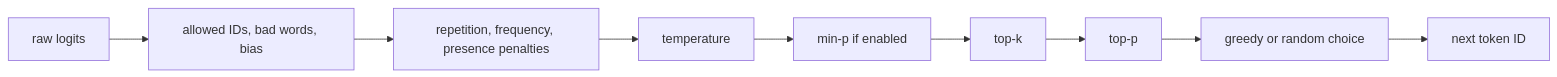
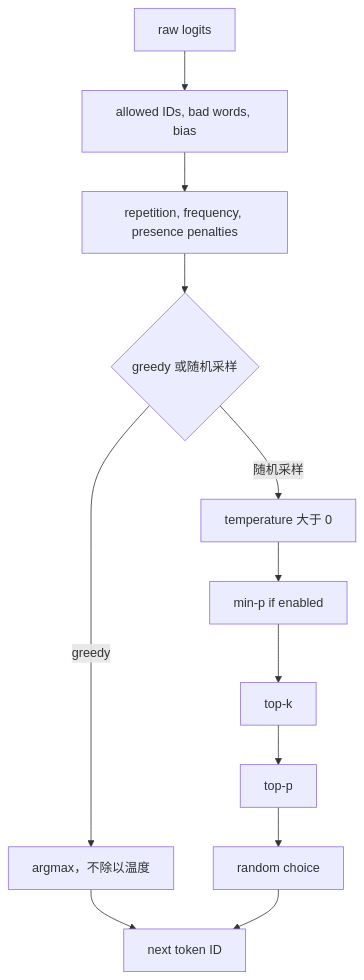
Before and after one commit to cluster1900/vllm_reader: the sixth of 11 diagrams in book/01-transformer-inference/README.md, drawn with Mermaid. The commit also changed other lines of this file and 38 other files, not shown here.

````diff
--- a/book/01-transformer-inference/README.md
+++ b/book/01-transformer-inference/README.md
@@ -521,11 +545,14 @@
 ```mermaid
-flowchart LR
+flowchart TD
     Raw[raw logits] --> Rules[allowed IDs, bad words, bias]
     Rules --> Penalty[repetition, frequency, presence penalties]
-    Penalty --> Temp[temperature]
+    Penalty --> Mode{greedy 或随机采样}
+    Mode -->|greedy| Greedy[argmax，不除以温度]
+    Greedy --> Token
+    Mode -->|随机采样| Temp[temperature 大于 0]
     Temp --> MinP[min-p if enabled]
     MinP --> TopK[top-k]
     TopK --> TopP[top-p]
-    TopP --> Choose[greedy or random choice]
+    TopP --> Choose[random choice]
     Choose --> Token[next token ID]
 ```
````
